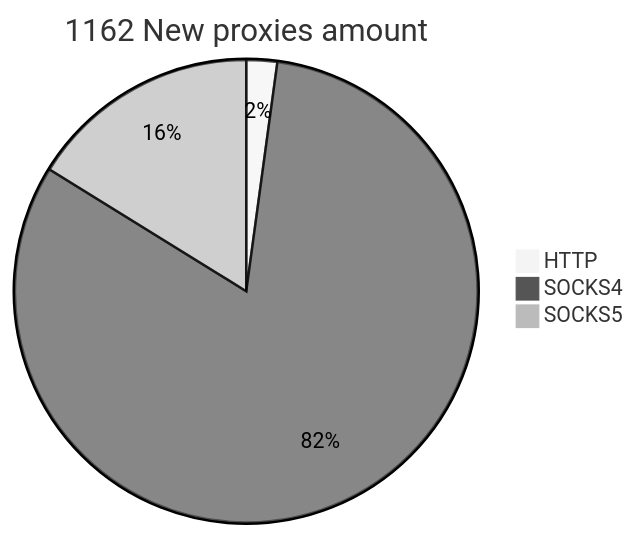
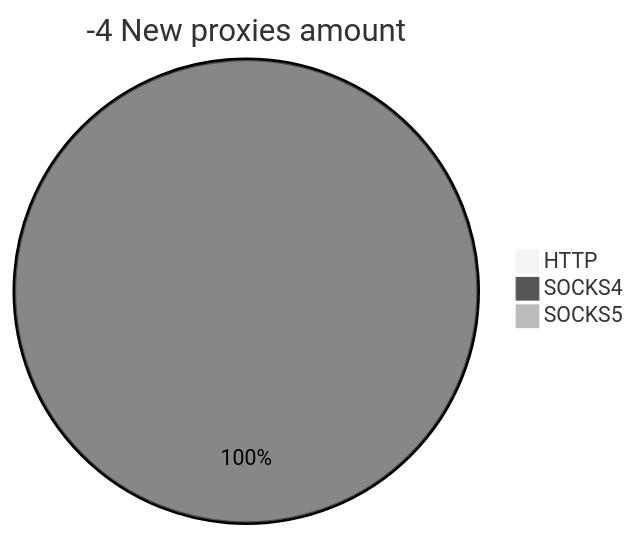
The second of 2 diagrams in README.md (cutipu/proxylist), drawn with Mermaid (neutral theme) before and after one commit. The commit also changed other lines of this file, not shown here.

````diff
--- a/README.md
+++ b/README.md
@@ -10,6 +10,6 @@
 ```mermaid
-pie title 1162 New proxies amount
-    "HTTP" : 25
-    "SOCKS4" : 949
-    "SOCKS5" : 188
+pie title -4 New proxies amount
+    "HTTP" : 0
+    "SOCKS4" : 4
+    "SOCKS5" : 0
 ```
````
